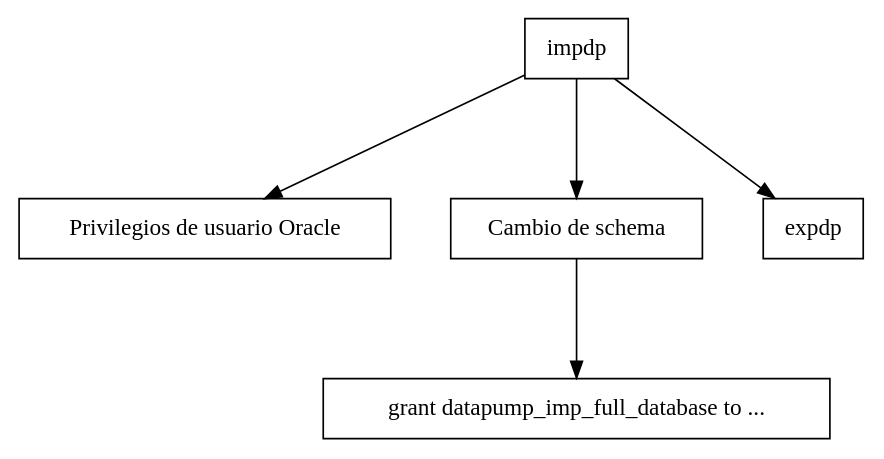
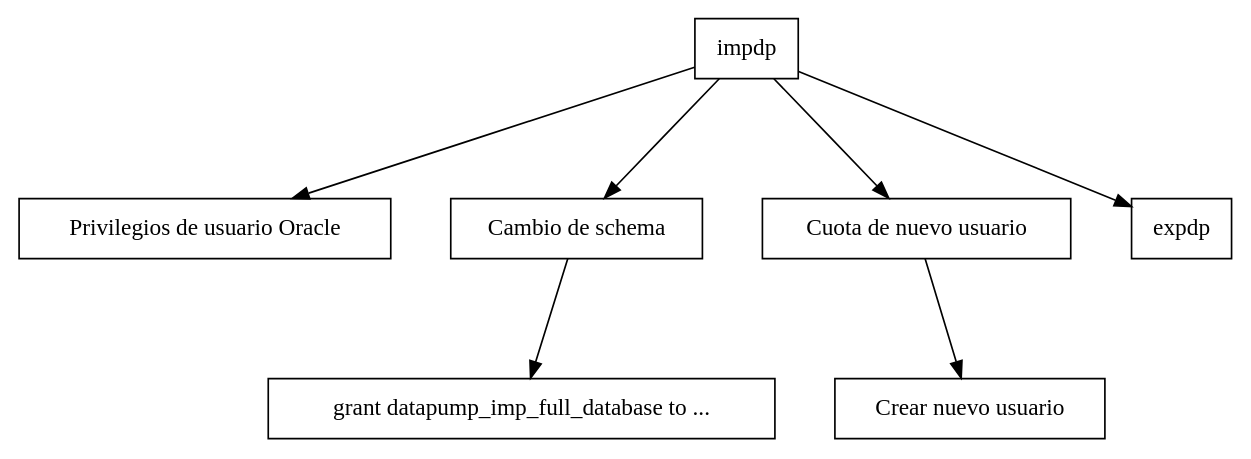
Before and after one commit to overdrive80/apuntes-clase: the second of 3 diagrams in sistemas-gestores-bbdd-asir2/apuntes/2/asgbd-02-exportar-e-importar.org, drawn with Graphviz. The commit also changed other lines of this file and 4 other files, not shown here.

```diff
--- a/sistemas-gestores-bbdd-asir2/apuntes/2/asgbd-02-exportar-e-importar.org
+++ b/sistemas-gestores-bbdd-asir2/apuntes/2/asgbd-02-exportar-e-importar.org
@@ -622,13 +622,15 @@
 #+begin_src dot :file ./media/dependencias-impdp.svg :exports results :cmdline -Tsvg
 digraph{
   graph [nodesep=0.5, ranksep=1]
   node [ shape="box"]
   edge [fontname="courier", fontsize="10"]
   splines=true
 
   "impdp" -> "Privilegios de usuario Oracle" 
   "impdp" -> "Cambio de schema"
+  "impdp" -> "Cuota de nuevo usuario"
+  "Cuota de nuevo usuario" -> "Crear nuevo usuario"
   "Cambio de schema" -> "grant datapump_imp_full_database to ..."
   "impdp" -> "expdp"
 }
 #+end_src
```
